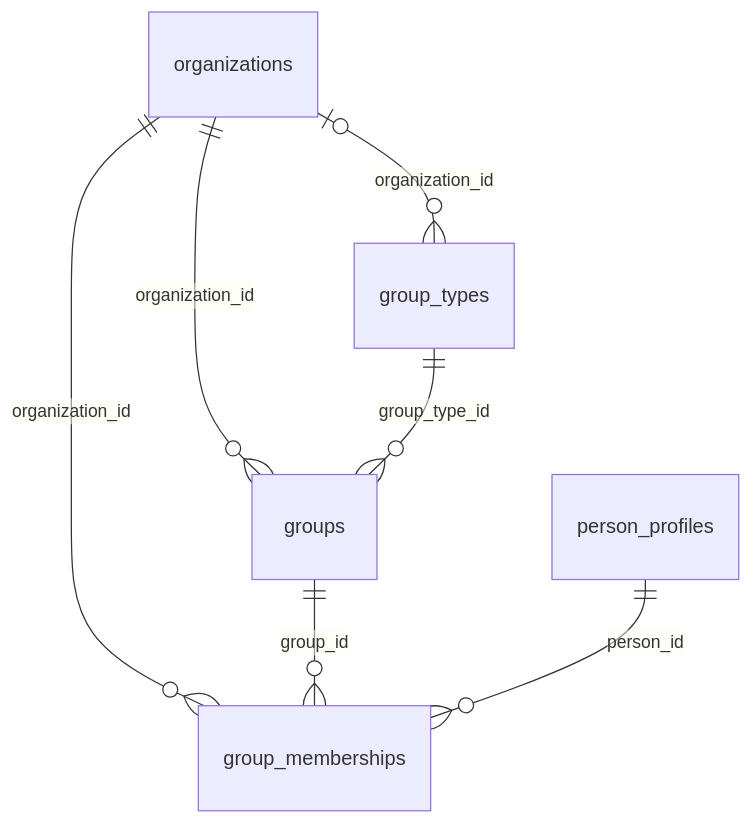
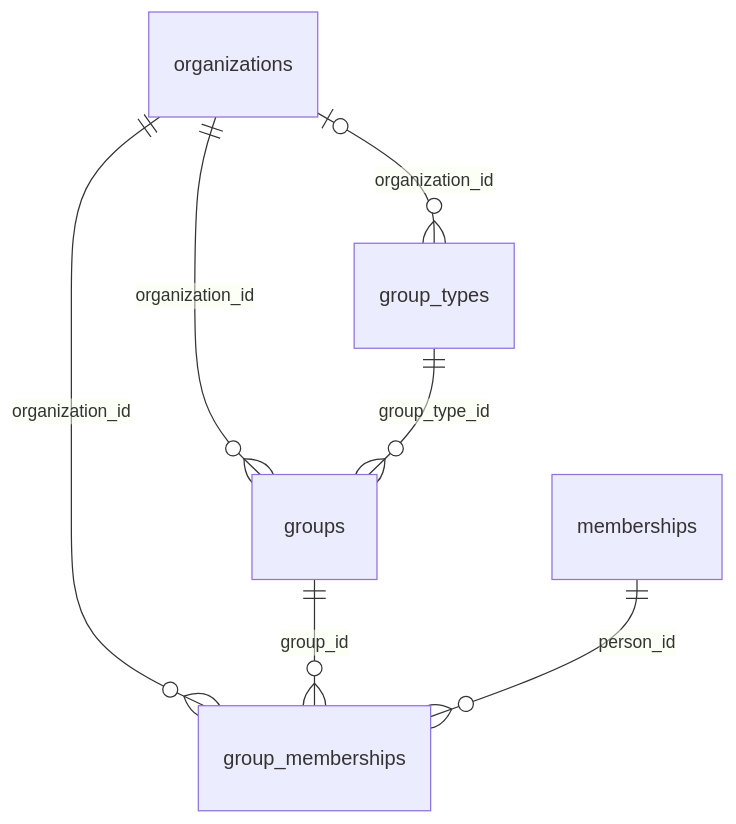
The sixth of 9 diagrams in docs/schema-design.md (chenson42/presby), drawn with Mermaid before and after one commit. The commit also changed other lines of this file and 13 other files, not shown here.

First line of the commit message:
refactor(schema): link person data directly to people, add memberships

````diff
--- a/docs/schema-design.md
+++ b/docs/schema-design.md
@@ -184,9 +180,9 @@
 ```mermaid
 erDiagram
   organizations ||--o{ group_memberships : "organization_id"
   groups ||--o{ group_memberships : "group_id"
-  person_profiles ||--o{ group_memberships : "person_id"
+  memberships ||--o{ group_memberships : "person_id"
   organizations |o--o{ group_types : "organization_id"
   organizations ||--o{ groups : "organization_id"
   group_types ||--o{ groups : "group_type_id"
 ```
````
